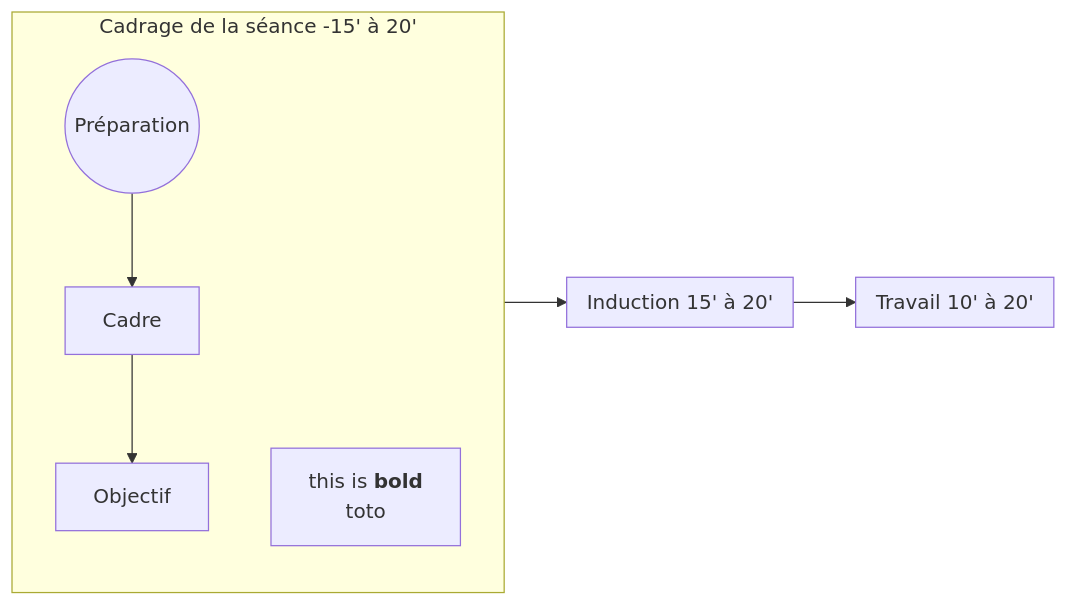
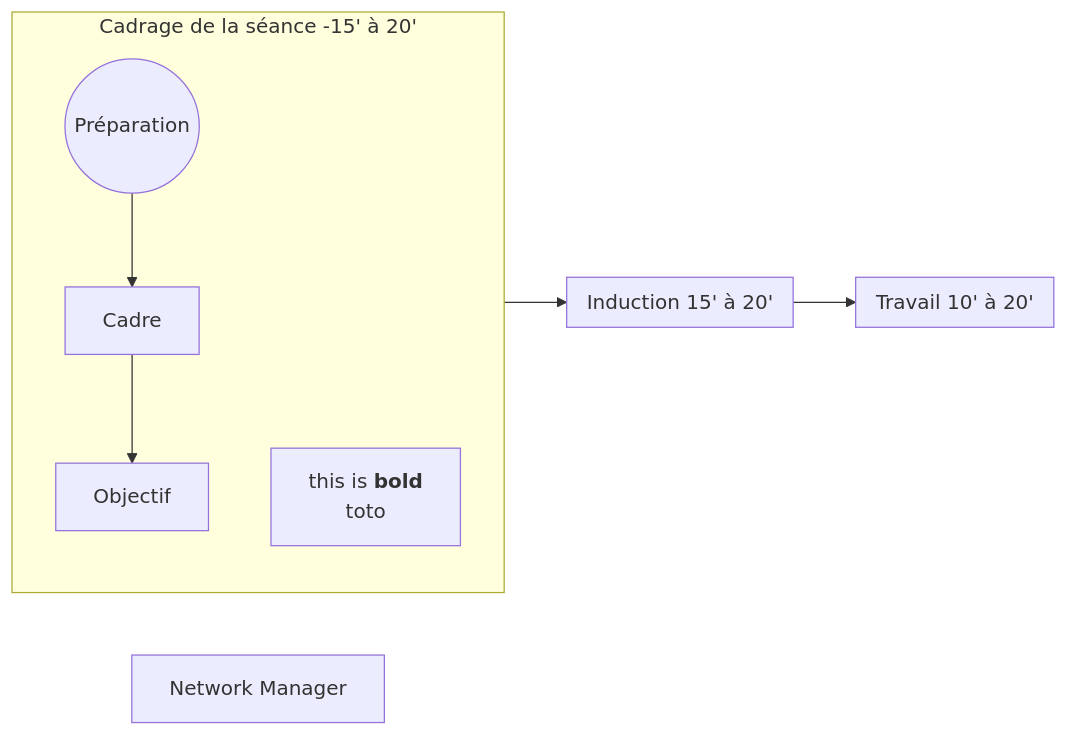
One commit to dkleinbe/my_quartz changed the diagram in content/01-Sandbox/Publishing.md. Above: the diagram before and after it, drawn with Mermaid. The commit also changed other lines of this file and 2 other files, not shown here.

````diff
--- a/content/01-Sandbox/Publishing.md
+++ b/content/01-Sandbox/Publishing.md
@@ -51,24 +51,25 @@
 ```mermaid
 graph LR
 subgraph CAD[Cadrage de la séance -15' à 20']
 PREP((Préparation))
 DO["`this is **bold**
 
 toto`"]
 
 PREP-->Cadre
 Cadre-->Objectif
 end
 
 subgraph IND[Induction 15' à 20']
 end
 
 subgraph WORK[Travail 10' à 20']
 end
 
 CAD-->IND
 IND-->WORK
+A["Network Manager"]
+class A internal-link;
+class NM internal-link
 
-class A internal-link;
-class Cadrage internal-link;
 ```
````
